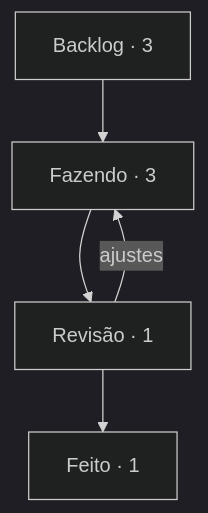
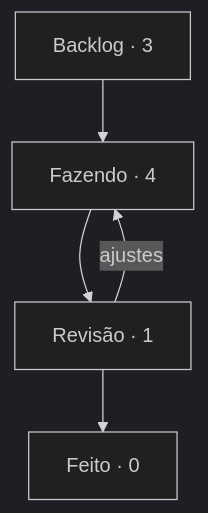
Before and after one commit to StudioVibi/VibiKanban: the diagram in BOARD.md, drawn with Mermaid (dark theme). The commit also changed other lines of this file and 1 other file, not shown here.

Commit message:
board: VK-8 Feito → Fazendo (@isabellaherman)

````diff
--- a/BOARD.md
+++ b/BOARD.md
@@ -5,10 +5,10 @@
 ```mermaid
 flowchart TD
-  backlog["Backlog · 3"] --> doing["Fazendo · 3"]
+  backlog["Backlog · 3"] --> doing["Fazendo · 4"]
   doing --> review["Revisão · 1"]
-  review --> done["Feito · 1"]
+  review --> done["Feito · 0"]
   review -->|ajustes| doing
   doing:::blue
   review:::yellow
   done:::green
 ```
````
